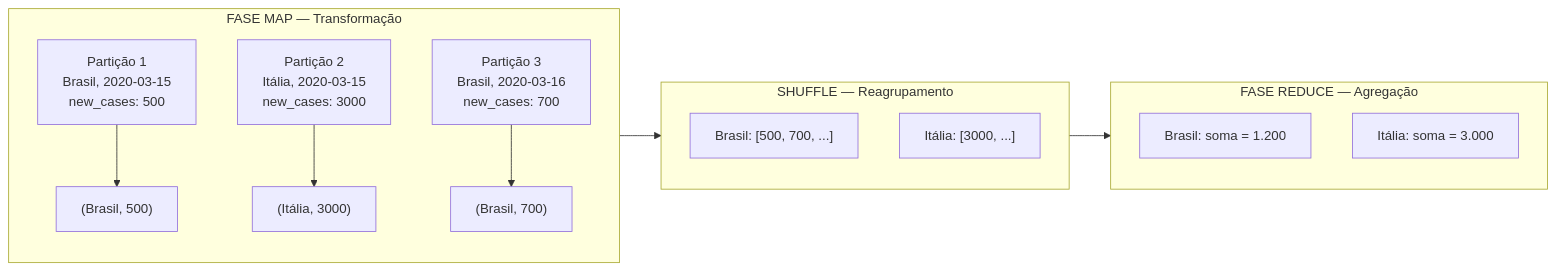
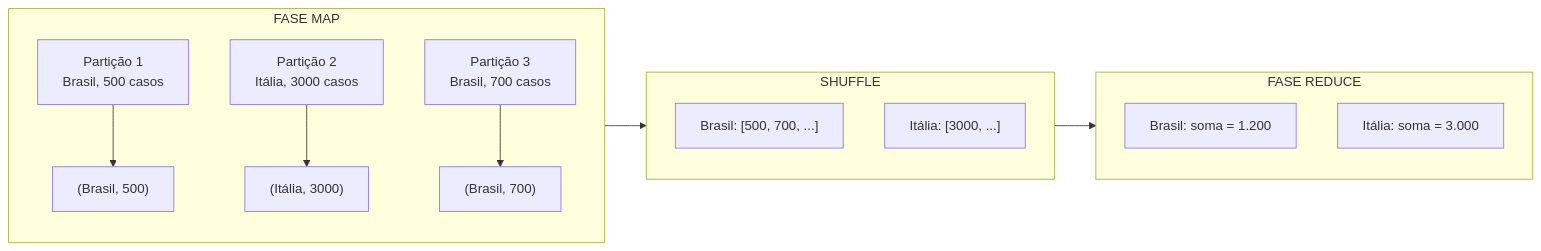
The ninth of 12 diagrams in DOCUMENTACAO.md (isabelacarone/eda-covid19), drawn with Mermaid before and after one commit. The commit also changed other lines of this file and 1 other file, not shown here.

````diff
--- a/DOCUMENTACAO.md
+++ b/DOCUMENTACAO.md
@@ -536,28 +409,27 @@
 ```mermaid
 flowchart LR
-    subgraph MAP["FASE MAP — Transformação"]
+    subgraph MAP["FASE MAP"]
         direction TB
-        P1["Partição 1\nBrasil, 2020-03-15\nnew_cases: 500"]
-        P2["Partição 2\nItália, 2020-03-15\nnew_cases: 3000"]
-        P3["Partição 3\nBrasil, 2020-03-16\nnew_cases: 700"]
+        P1["Partição 1\nBrasil, 500 casos"]
+        P2["Partição 2\nItália, 3000 casos"]
+        P3["Partição 3\nBrasil, 700 casos"]
         M1["(Brasil, 500)"]
         M2["(Itália, 3000)"]
         M3["(Brasil, 700)"]
         P1 --> M1
         P2 --> M2
         P3 --> M3
     end
 
-    subgraph SHUFFLE["SHUFFLE — Reagrupamento"]
+    subgraph SHUFFLE["SHUFFLE"]
         S1["Brasil: [500, 700, ...]"]
         S2["Itália: [3000, ...]"]
     end
 
-    subgraph REDUCE["FASE REDUCE — Agregação"]
+    subgraph REDUCE["FASE REDUCE"]
         R1["Brasil: soma = 1.200"]
         R2["Itália: soma = 3.000"]
     end
 
     MAP --> SHUFFLE --> REDUCE
-
 ```
````
